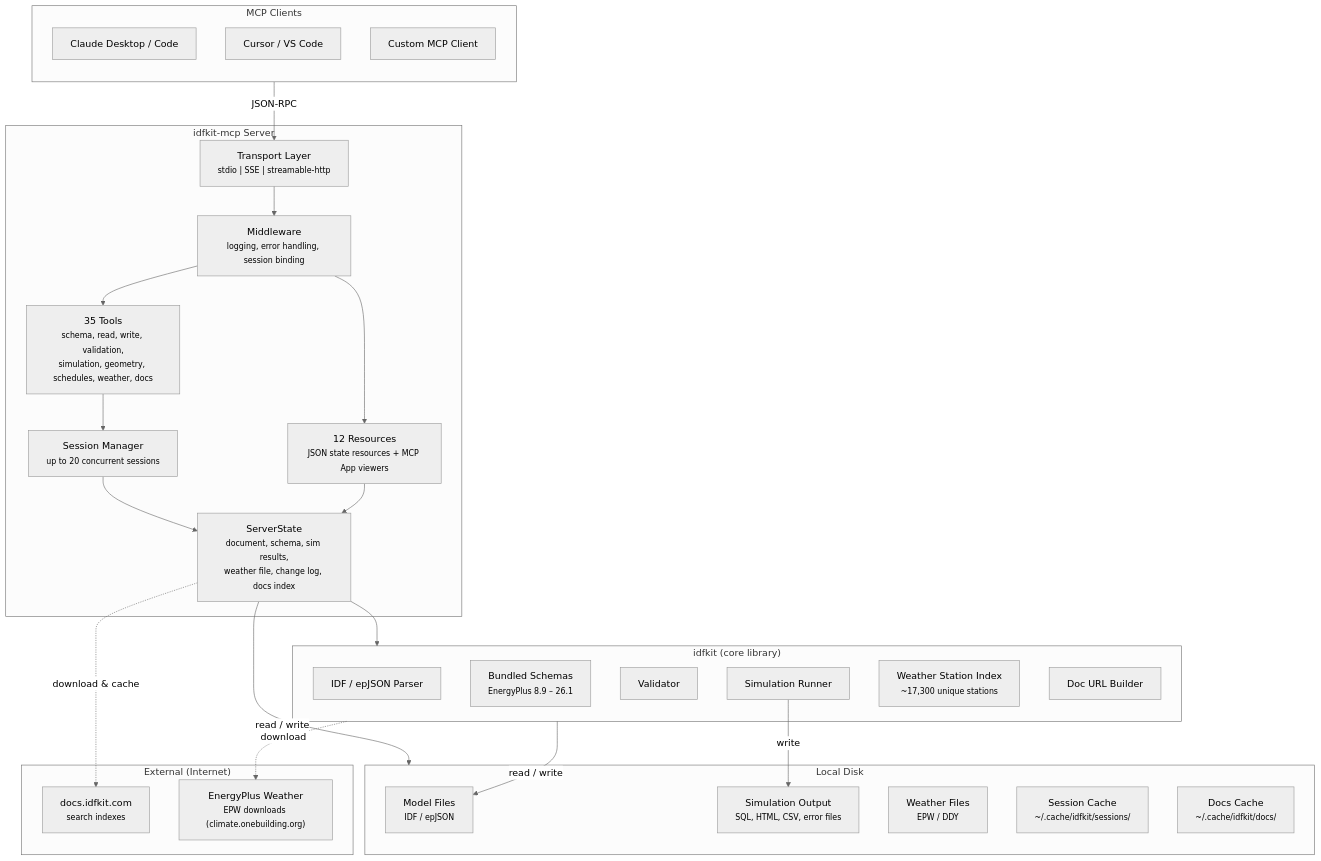
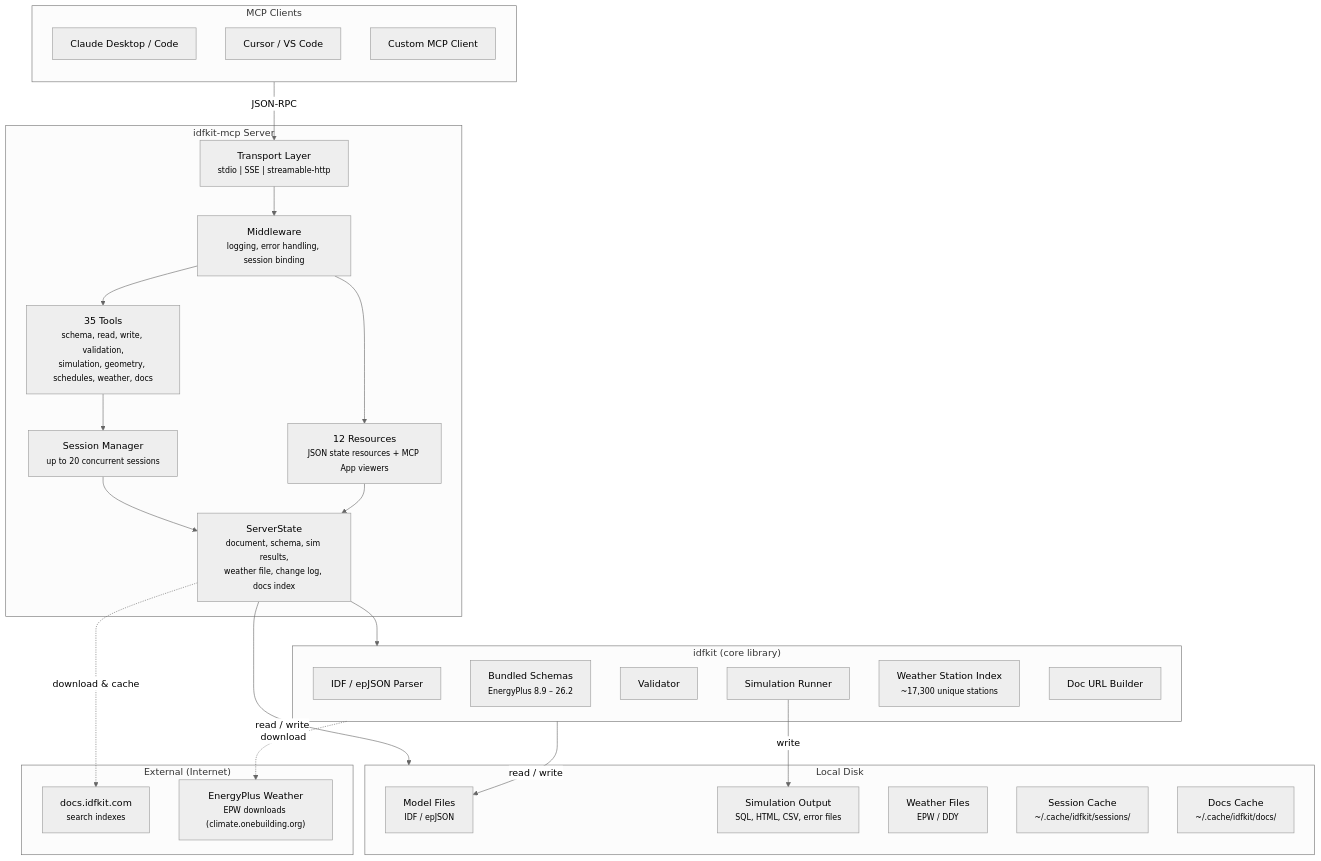
One commit to idfkit/idfkit-mcp changed the first of 5 diagrams in docs/concepts/architecture.md. Above: the diagram before and after it, drawn with Mermaid. The commit also changed 1 other file, not shown here.

Commit message:
Adopt EnergyPlus 26.2.0 (#84)

````diff
--- a/docs/concepts/architecture.md
+++ b/docs/concepts/architecture.md
@@ -7,56 +7,56 @@
 ```mermaid
 ---
 config:
   theme: 'neutral'
 ---
 graph TB
     subgraph Clients["MCP Clients"]
         direction TB
         Claude["Claude Desktop / Code"]
         Cursor["Cursor / VS Code"]
         Custom["Custom MCP Client"]
     end
 
     subgraph Server["idfkit-mcp Server"]
         Transport["Transport Layer<br/><small>stdio | SSE | streamable-http</small>"]
         Middleware["Middleware<br/><small>logging, error handling, session binding</small>"]
         Tools["35 Tools<br/><small>schema, read, write, validation,<br/>simulation, geometry, schedules, weather, docs</small>"]
         Resources["12 Resources<br/><small>JSON state resources + MCP App viewers</small>"]
         Session["Session Manager<br/><small>up to 20 concurrent sessions</small>"]
         State["ServerState<br/><small>document, schema, sim results,<br/>weather file, change log, docs index</small>"]
     end
 
     subgraph Core["idfkit (core library)"]
         Parser["IDF / epJSON Parser"]
-        Schema["Bundled Schemas<br/><small>EnergyPlus 8.9 &ndash; 26.1</small>"]
+        Schema["Bundled Schemas<br/><small>EnergyPlus 8.9 &ndash; 26.2</small>"]
         Validator["Validator"]
         SimRunner["Simulation Runner"]
         WeatherIdx["Weather Station Index<br/><small>~17,300 unique stations</small>"]
         Docs["Doc URL Builder"]
     end
 
     subgraph Local["Local Disk"]
         ModelFiles["Model Files<br/><small>IDF / epJSON</small>"]
         SimOutput["Simulation Output<br/><small>SQL, HTML, CSV, error files</small>"]
         WeatherFiles["Weather Files<br/><small>EPW / DDY</small>"]
         SessionCache["Session Cache<br/><small>~/.cache/idfkit/sessions/</small>"]
         DocsCache["Docs Cache<br/><small>~/.cache/idfkit/docs/</small>"]
     end
 
     subgraph External["External (Internet)"]
         DocsSite["docs.idfkit.com<br/><small>search indexes</small>"]
         WeatherDL["EnergyPlus Weather<br/><small>EPW downloads (climate.onebuilding.org)</small>"]
     end
 
     Clients -->|"JSON-RPC"| Transport
     Transport --> Middleware --> Tools & Resources
     Tools --> Session --> State
     Resources --> State
 
     State --> Core
     State -->|"read / write"| Local
     State -.->|"download & cache"| DocsSite
     Core -.->|"download"| WeatherDL
     Core -->|"read / write"| ModelFiles
     SimRunner -->|"write"| SimOutput
 ```
````
